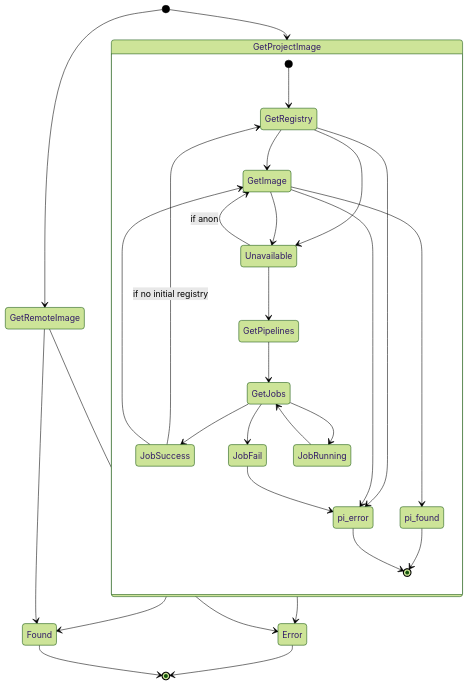
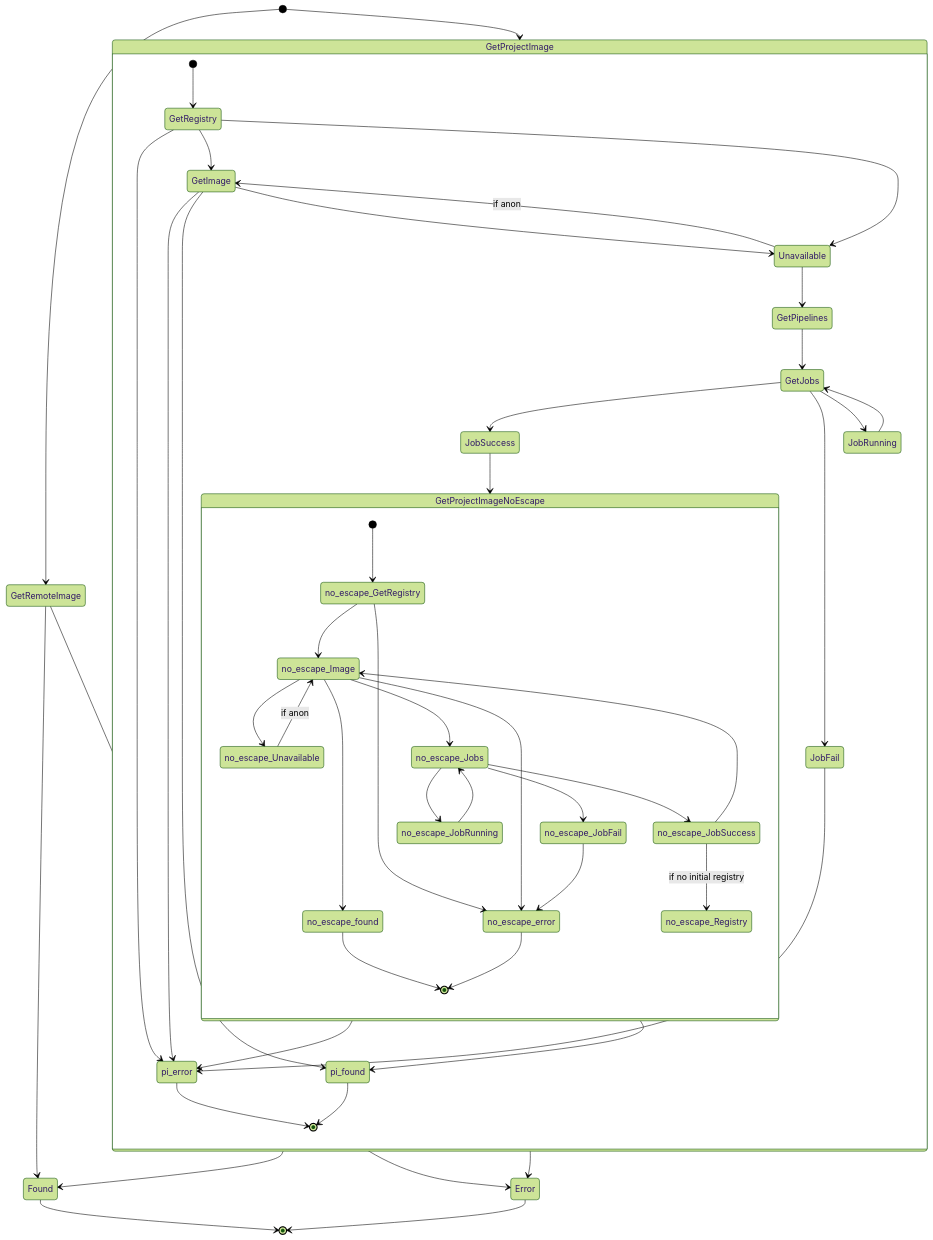
One commit to SwissDataScienceCenter/renku-ui changed the diagram in client/src/notebooks/README.md. Above: the diagram before and after it, drawn with Mermaid (forest theme).

Commit message:
docs: correct state diagram

````diff
--- a/client/src/notebooks/README.md
+++ b/client/src/notebooks/README.md
@@ -7,41 +7,68 @@
 ```mermaid
 stateDiagram-v2
     [*] --> GetRemoteImage
     [*] --> GetProjectImage
 
     GetProjectImage --> Error
     GetProjectImage --> Found
 
     GetRemoteImage --> Error
     GetRemoteImage --> Found
 
     Found --> [*]
     Error --> [*]
 
     state GetProjectImage {
       [*] --> GetRegistry
 
       GetRegistry --> pi_error
       GetRegistry --> GetImage
       GetRegistry --> Unavailable
 
       GetImage --> pi_error
       GetImage --> pi_found
       GetImage --> Unavailable
 
       Unavailable --> GetImage: if anon
       Unavailable --> GetPipelines
       GetPipelines --> GetJobs
       GetJobs --> JobSuccess
       GetJobs --> JobFail
       GetJobs --> JobRunning
 
-      JobSuccess --> GetRegistry: if no initial registry
-      JobSuccess --> GetImage
+      JobSuccess --> GetProjectImageNoEscape
+
+      GetProjectImageNoEscape --> pi_error
+      GetProjectImageNoEscape --> pi_found
       JobFail --> pi_error
       JobRunning --> GetJobs
 
       pi_found --> [*]
       pi_error --> [*]
     }
+
+    state GetProjectImageNoEscape {
+      [*] --> no_escape_GetRegistry
+
+      no_escape_GetRegistry --> no_escape_error
+      no_escape_GetRegistry --> no_escape_Image
+
+      no_escape_Image --> no_escape_error
+      no_escape_Image --> no_escape_found
+      no_escape_Image --> no_escape_Unavailable
+      no_escape_Image --> no_escape_Jobs
+
+      no_escape_Unavailable --> no_escape_Image: if anon
+      no_escape_Jobs --> no_escape_JobSuccess
+      no_escape_Jobs --> no_escape_JobFail
+      no_escape_Jobs --> no_escape_JobRunning
+
+      no_escape_JobSuccess --> no_escape_Registry: if no initial registry
+      no_escape_JobSuccess --> no_escape_Image
+      no_escape_JobFail --> no_escape_error
+      no_escape_JobRunning --> no_escape_Jobs
+
+      no_escape_found --> [*]
+      no_escape_error --> [*]
+    }
 ```
````
